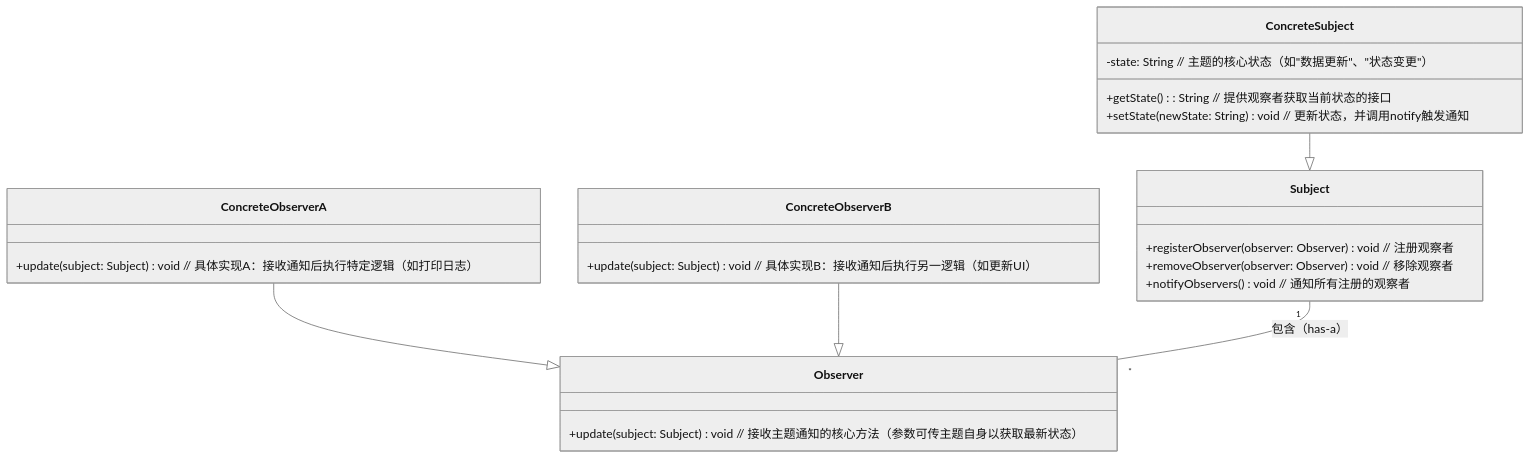
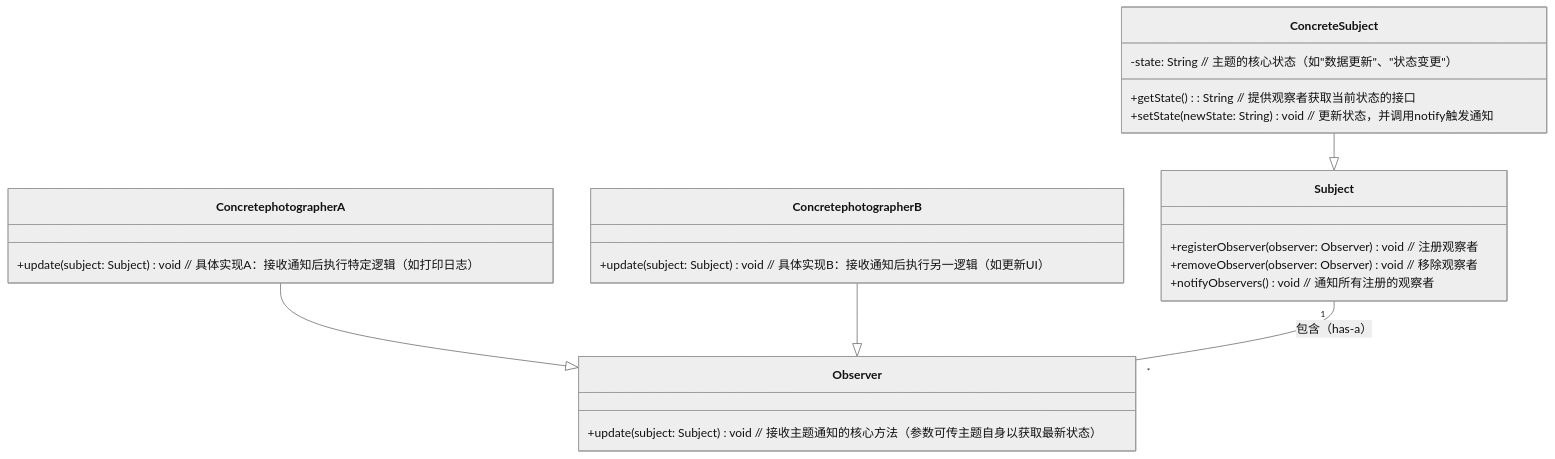
One commit to ultravires/ultravires.github.io changed the diagram in docs/src/front-end/观察者模式 VS. 发布-订阅者模式.md. Above: the diagram before and after it, drawn with Mermaid (neutral theme). The commit also changed other lines of this file, not shown here.

````diff
--- a/docs/src/front-end/观察者模式 VS. 发布-订阅者模式.md
+++ b/docs/src/front-end/观察者模式 VS. 发布-订阅者模式.md
@@ -20,39 +20,39 @@
 ```mermaid
 classDiagram
     direction TB
 
     %% 1. 抽象主题（Subject）：定义观察者管理与通知的核心接口
     class Subject {
         +registerObserver(observer: Observer) void  // 注册观察者
         +removeObserver(observer: Observer) void   // 移除观察者
         +notifyObservers() void                    // 通知所有注册的观察者
     }
 
     %% 2. 具体主题（ConcreteSubject）：实现抽象主题，维护状态并触发通知
     class ConcreteSubject {
         -state: String  // 主题的核心状态（如"数据更新"、"状态变更"）
         +getState(): String  // 提供观察者获取当前状态的接口
         +setState(newState: String) void  // 更新状态，并调用notify触发通知
     }
 
     %% 3. 抽象观察者（Observer）：定义接收通知的接口
     class Observer {
         +update(subject: Subject) void  // 接收主题通知的核心方法（参数可传主题自身以获取最新状态）
     }
 
     %% 4. 具体观察者（ConcreteObserver）：实现抽象观察者，响应主题通知
-    class ConcreteObserverA {
+    class ConcretephotographerA {
         +update(subject: Subject) void  // 具体实现A：接收通知后执行特定逻辑（如打印日志）
     }
-    class ConcreteObserverB {
+    class ConcretephotographerB {
         +update(subject: Subject) void  // 具体实现B：接收通知后执行另一逻辑（如更新UI）
     }
 
     %% 依赖关系：具体主题继承抽象主题，具体观察者继承抽象观察者
     ConcreteSubject --|> Subject
-    ConcreteObserverA --|> Observer
-    ConcreteObserverB --|> Observer
+    ConcretephotographerA --|> Observer
+    ConcretephotographerB --|> Observer
 
     %% 关联关系：主题持有观察者列表（1对多），观察者依赖主题获取通知
     Subject "1" -- "*" Observer : 包含（has-a）
 ```
````
